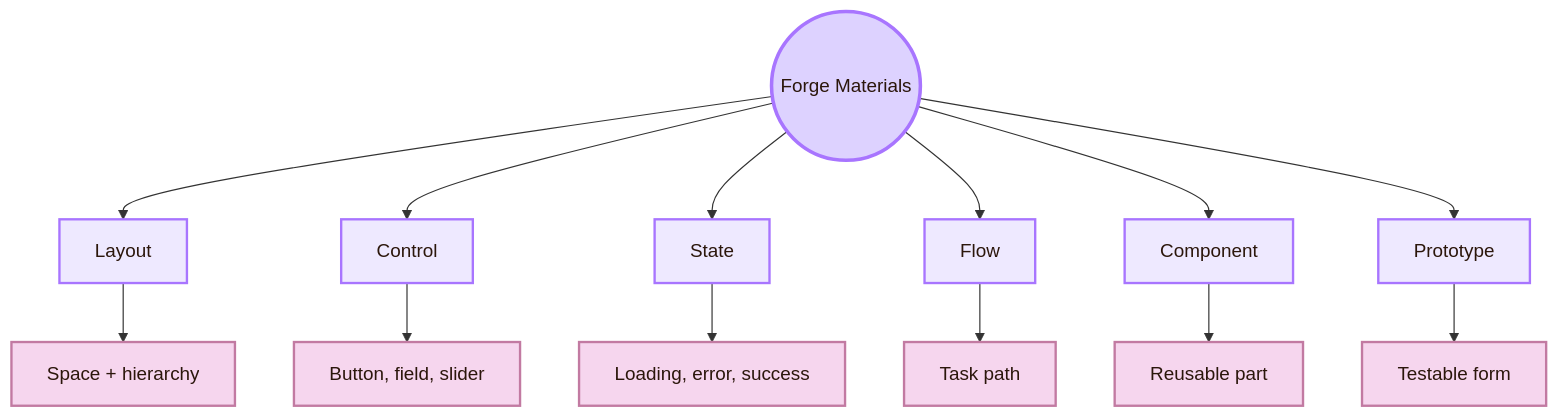
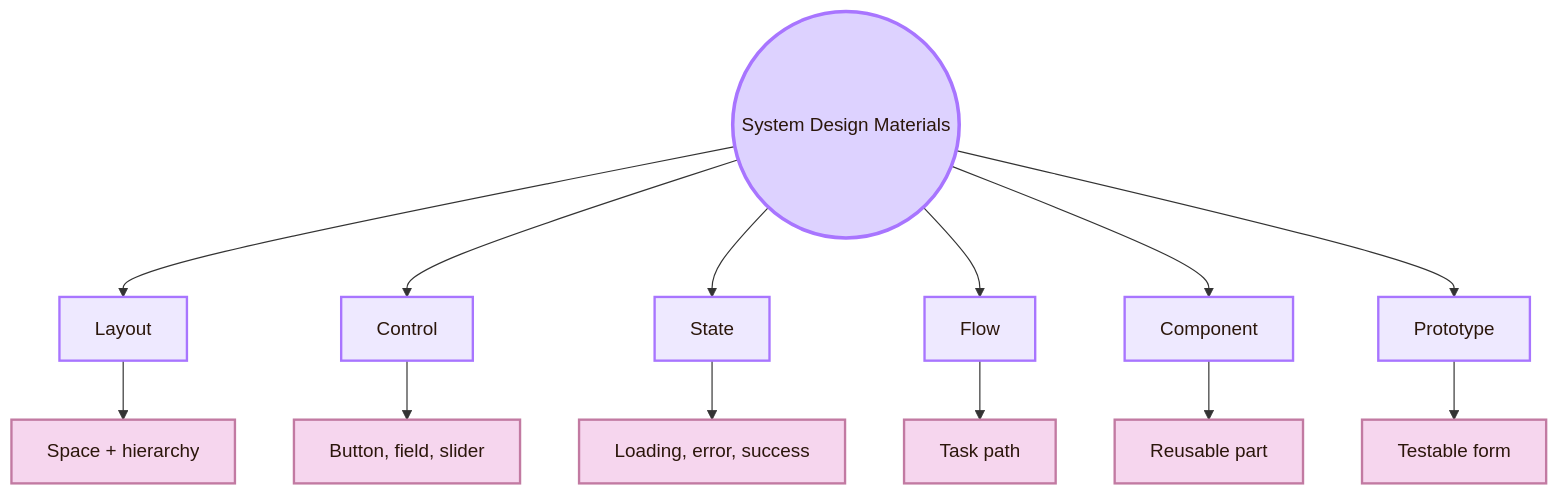
The third of 3 diagrams in 01_Core_Area_HCI/001_Subareas/02_System_Design/Overview.md (andreitegzes06-ui/CogniShire), drawn with Mermaid before and after one commit. The commit also changed other lines of this file and 132 other files, not shown here.

````diff
--- a/01_Core_Area_HCI/001_Subareas/02_System_Design/Overview.md
+++ b/01_Core_Area_HCI/001_Subareas/02_System_Design/Overview.md
@@ -160,26 +61,26 @@
 ```mermaid
 flowchart TB
-    A((Forge Materials))
+    A((System Design Materials))
 
     A --> B[Layout]
     A --> C[Control]
     A --> D[State]
     A --> E[Flow]
     A --> F[Component]
     A --> G[Prototype]
 
     B --> B1[Space + hierarchy]
     C --> C1[Button, field, slider]
     D --> D1[Loading, error, success]
     E --> E1[Task path]
     F --> F1[Reusable part]
     G --> G1[Testable form]
 
     classDef center fill:#ddd2ff,stroke:#a875ff,color:#2b160b,stroke-width:3px;
     classDef material fill:#eee9ff,stroke:#a875ff,color:#2b160b,stroke-width:2px;
     classDef detail fill:#f6d6ee,stroke:#c27aa2,color:#2b160b,stroke-width:2px;
 
     class A center;
     class B,C,D,E,F,G material;
     class B1,C1,D1,E1,F1,G1 detail;
 ```
````
